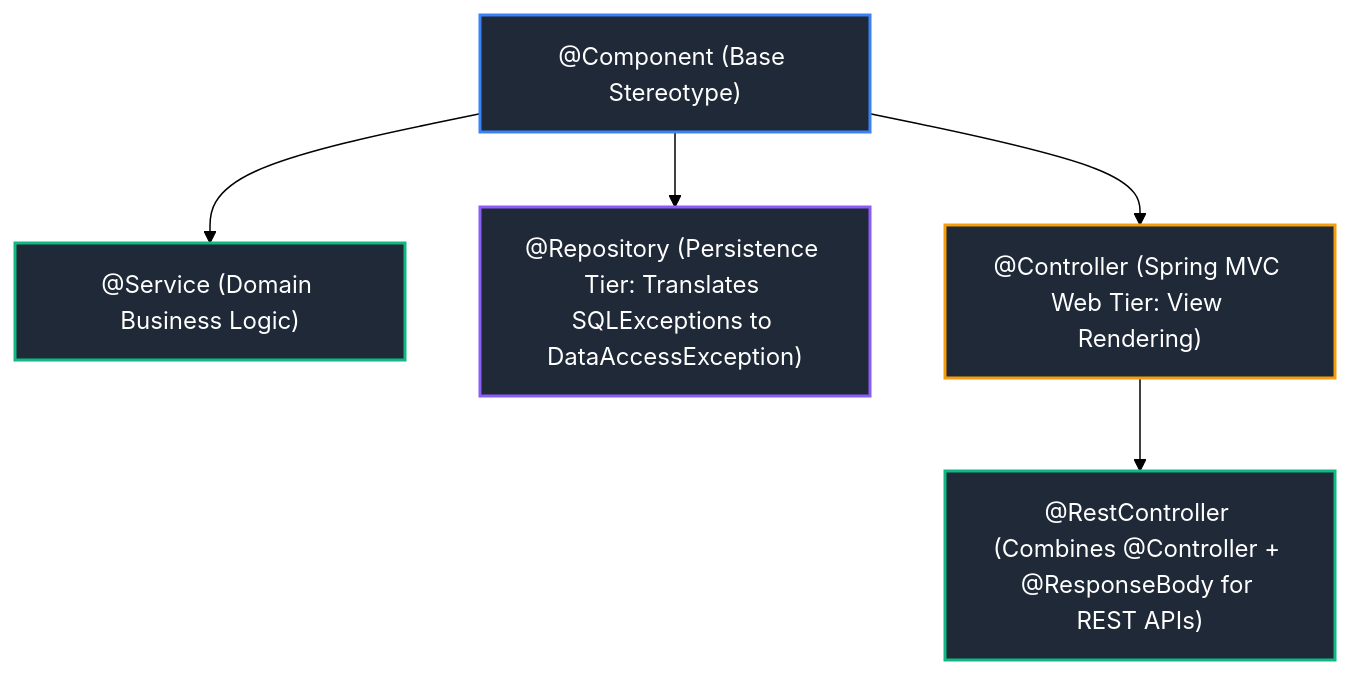
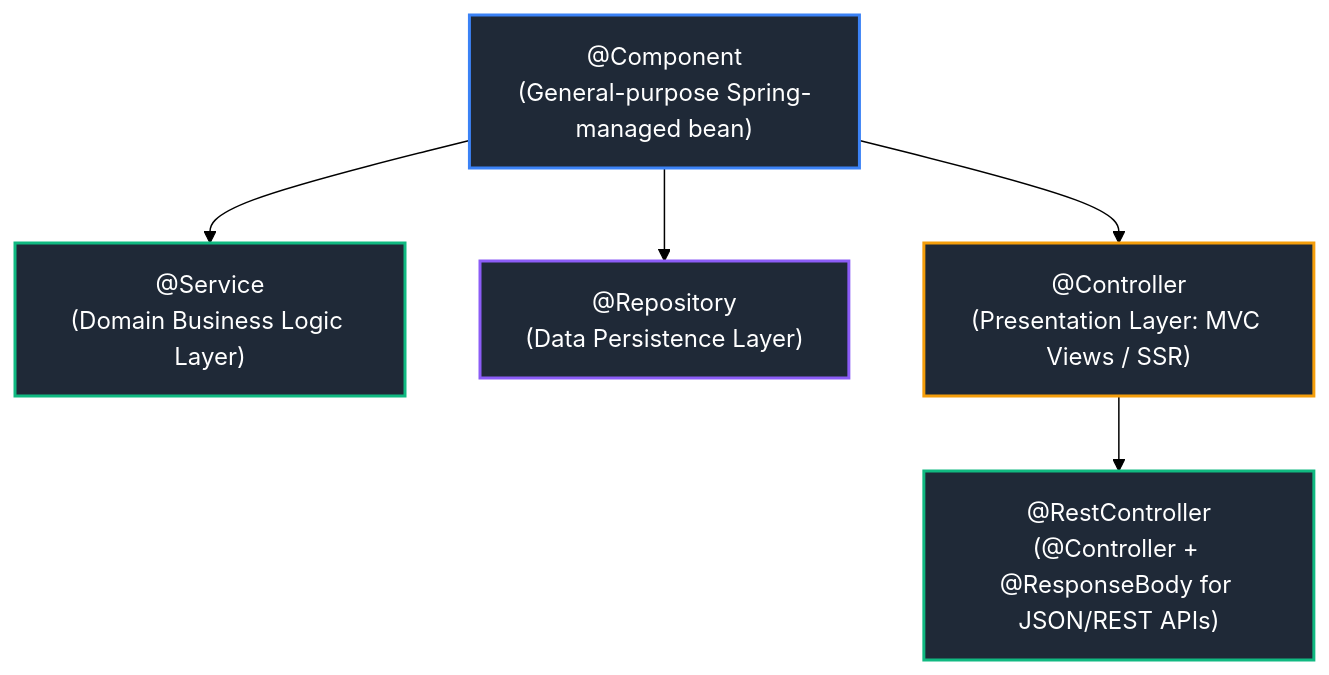
The fifth of 19 diagrams in Java Backend Engineering/07_spring_framework_spring_boot.md (joydeep-biswas/Interview-Preparation), drawn with Mermaid (forest theme) before and after one commit. The commit also changed other lines of this file and 143 other files, not shown here.

````diff
--- a/Java Backend Engineering/07_spring_framework_spring_boot.md
+++ b/Java Backend Engineering/07_spring_framework_spring_boot.md
@@ -191,14 +421,15 @@
 ```mermaid
 flowchart TD
-    Comp["@Component (Base Stereotype)"]
-    Comp --> Svc["@Service (Domain Business Logic)"]
-    Comp --> Repo["@Repository (Persistence Tier: Translates SQLExceptions to DataAccessException)"]
-    Comp --> Ctrl["@Controller (Spring MVC Web Tier: View Rendering)"]
-    Ctrl --> RestCtrl["@RestController (Combines @Controller + @ResponseBody for REST APIs)"]
+    Comp["@Component<br/>(General-purpose Spring-managed bean)"]
+
+    Comp --> Svc["@Service<br/>(Domain Business Logic Layer)"]
+    Comp --> Repo["@Repository<br/>(Data Persistence Layer)"]
+    Comp --> Ctrl["@Controller<br/>(Presentation Layer: MVC Views / SSR)"]
+    Ctrl --> RestCtrl["@RestController<br/>(@Controller + @ResponseBody for JSON/REST APIs)"]
 
     style Comp fill:#1f2937,stroke:#3b82f6,stroke-width:2px,color:#fff
     style Svc fill:#1f2937,stroke:#10b981,stroke-width:2px,color:#fff
     style Repo fill:#1f2937,stroke:#8b5cf6,stroke-width:2px,color:#fff
     style Ctrl fill:#1f2937,stroke:#f59e0b,stroke-width:2px,color:#fff
     style RestCtrl fill:#1f2937,stroke:#10b981,stroke-width:2px,color:#fff
 ```
````
